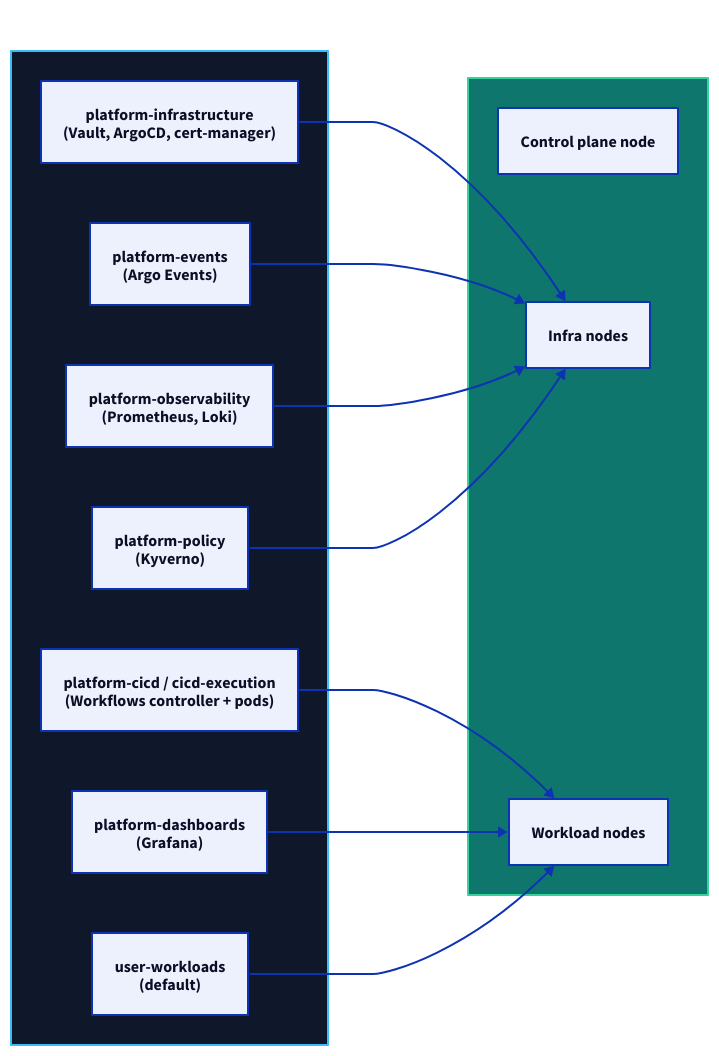
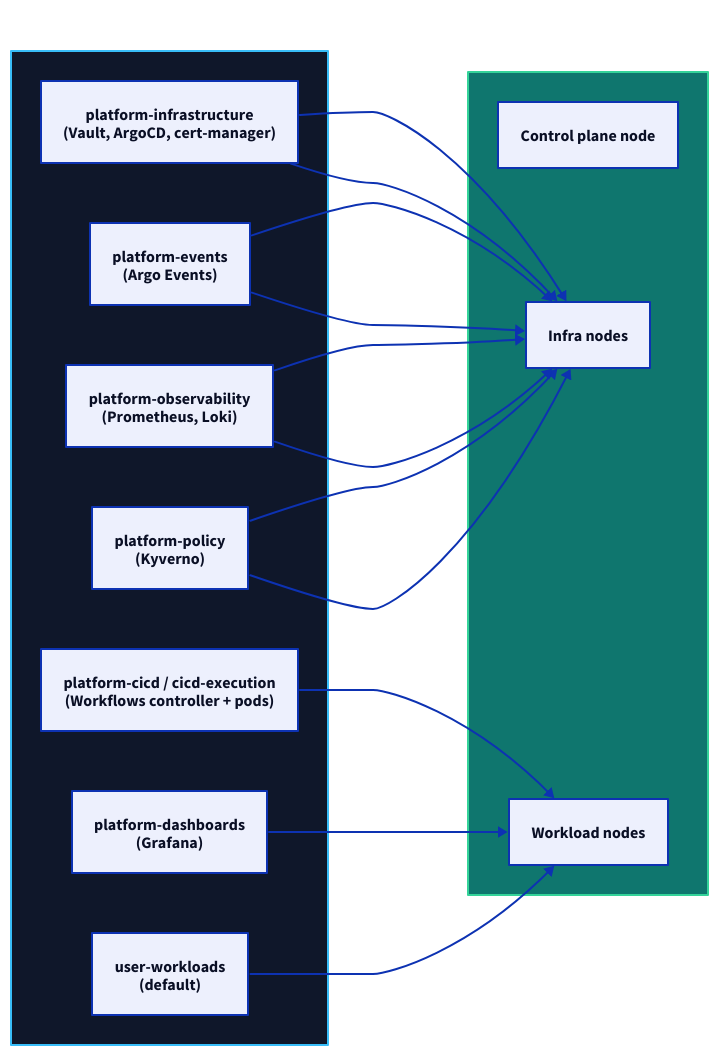
The first of 2 diagrams in Docs/src/content/docs/concepts/scheduling-nodepools.md (rou-cru/idp-blueprint), drawn with D2 before and after one commit. The commit also changed other lines of this file and 6 other files, not shown here.

First line of the commit message:
docs: complete D2 diagram improvements and C4 framework coverage

````diff
--- a/Docs/src/content/docs/concepts/scheduling-nodepools.md
+++ b/Docs/src/content/docs/concepts/scheduling-nodepools.md
@@ -12,32 +12,36 @@
 ```d2
 direction: right
 
 classes: { prio: { style.fill: "#0f172a"; style.stroke: "#38bdf8"; style.font-color: white }
            pool: { style.fill: "#0f766e"; style.stroke: "#34d399"; style.font-color: white } }
 
 Priorities: {
   class: prio
   Infra: "platform-infrastructure\n(Vault, ArgoCD, cert-manager)"
   Events: "platform-events\n(Argo Events)"
   Observ: "platform-observability\n(Prometheus, Loki)"
   Policy: "platform-policy\n(Kyverno)"
   CICD: "platform-cicd / cicd-execution\n(Workflows controller + pods)"
   Dash: "platform-dashboards\n(Grafana)"
   Users: "user-workloads\n(default)"
 }
 
 Pools: {
   class: pool
   Control: "Control plane node"
   Infra: "Infra nodes"
   Work: "Workload nodes"
 }
 
 Priorities.Infra -> Pools.Infra
 Priorities.Events -> Pools.Infra
 Priorities.Observ -> Pools.Infra
 Priorities.Policy -> Pools.Infra
+Priorities.Infra -> Pools.Infra
+Priorities.Events -> Pools.Infra
+Priorities.Observ -> Pools.Infra
+Priorities.Policy -> Pools.Infra
 Priorities.CICD -> Pools.Work
 Priorities.Dash -> Pools.Work
 Priorities.Users -> Pools.Work
 ```
````
